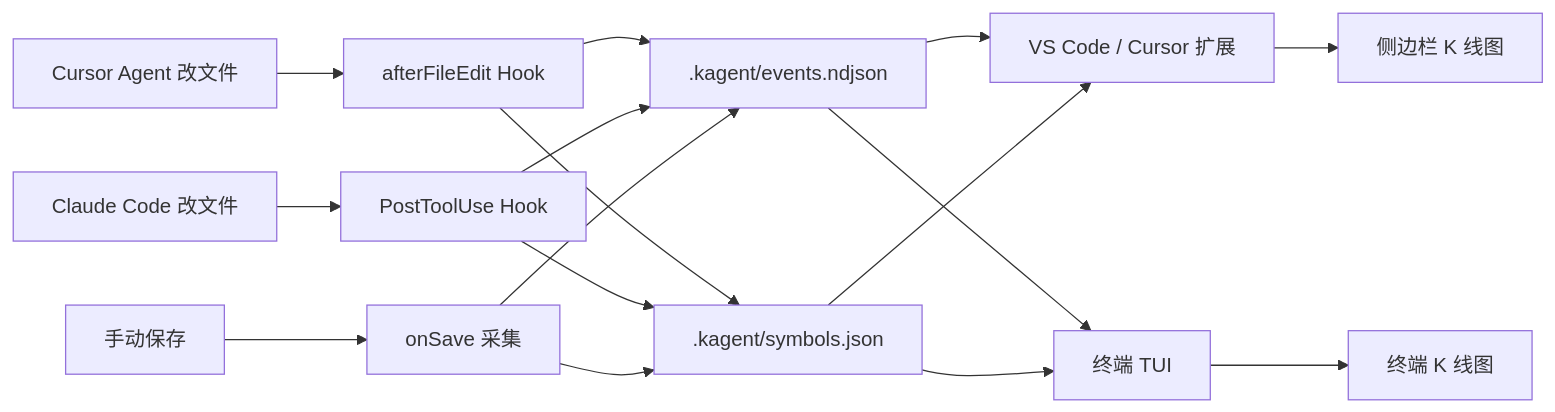
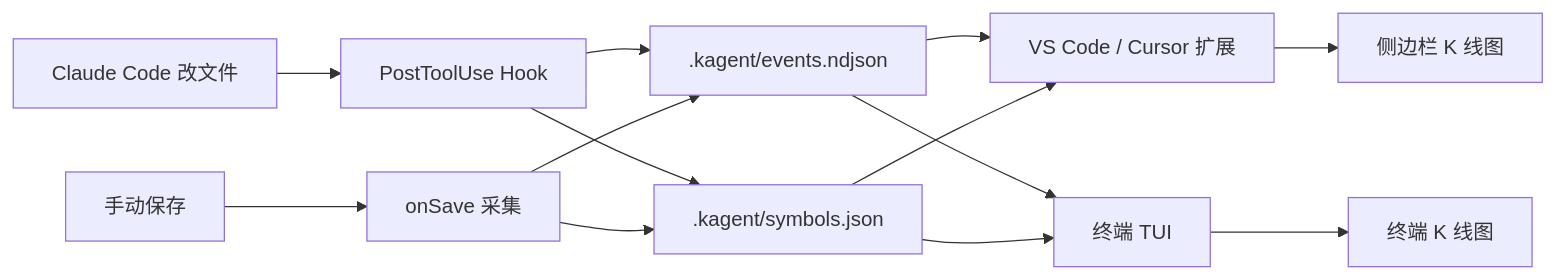
One commit to Enigma-Soul/KAgent-CC changed the diagram in README.md. Above: the diagram before and after it, drawn with Mermaid. The commit also changed other lines of this file and 3 other files, not shown here.

````diff
--- a/README.md
+++ b/README.md
@@ -143,18 +155,15 @@
 ```mermaid
 flowchart LR
-  A1[Cursor Agent 改文件] --> B1[afterFileEdit Hook]
-  A2[Claude Code 改文件] --> B2[PostToolUse Hook]
-  A3[手动保存] --> B3[onSave 采集]
+  A1[Claude Code 改文件] --> B1[PostToolUse Hook]
+  A2[手动保存] --> B2[onSave 采集]
   B1 --> C[".kagent/events.ndjson"]
   B1 --> D[".kagent/symbols.json"]
   B2 --> C
   B2 --> D
-  B3 --> C
-  B3 --> D
   C --> E1[VS Code / Cursor 扩展]
   C --> E2[终端 TUI]
   D --> E1
   D --> E2
   E1 --> F1[侧边栏 K 线图]
   E2 --> F2[终端 K 线图]
 ```
````
